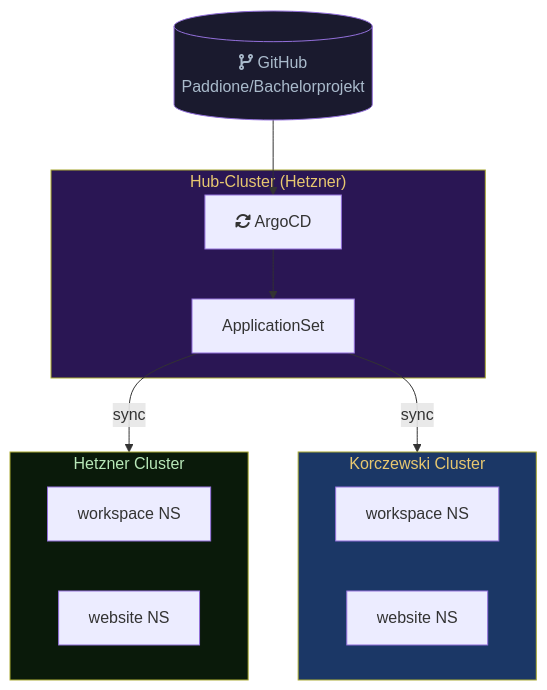
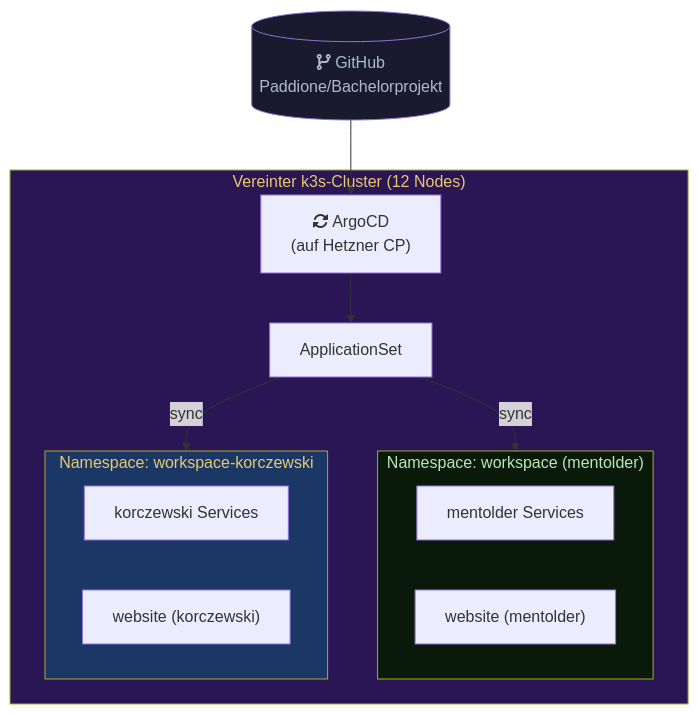
The third of 5 diagrams in k3d/docs-content/architecture.md (Paddione/Bachelorprojekt), drawn with Mermaid before and after one commit. The commit also changed other lines of this file and 55 other files, not shown here.

First line of the commit message:
docs: full refresh — brand-switch shell + audience tracks + Mermaid + content sweep (#629)

````diff
--- a/k3d/docs-content/architecture.md
+++ b/k3d/docs-content/architecture.md
@@ -296,28 +216,28 @@
 ```mermaid
 flowchart TB
     GIT[("fa:fa-code-branch GitHub\nPaddione/Bachelorprojekt")] --> ARGO
 
-    subgraph hub ["Hub-Cluster (Hetzner)"]
-        ARGO["fa:fa-rotate ArgoCD"]
+    subgraph hub ["Vereinter k3s-Cluster (12 Nodes)"]
+        ARGO["fa:fa-rotate ArgoCD\n(auf Hetzner CP)"]
         APPSET["ApplicationSet"]
         ARGO --> APPSET
+
+        subgraph mentolder_ns ["Namespace: workspace (mentolder)"]
+            M_WS["mentolder Services"]
+            M_WEB["website (mentolder)"]
+        end
+
+        subgraph korczewski_ns ["Namespace: workspace-korczewski"]
+            K_WS["korczewski Services"]
+            K_WEB["website (korczewski)"]
+        end
     end
 
-    subgraph hetzner ["Hetzner Cluster"]
-        H_WS["workspace NS"]
-        H_WEB["website NS"]
-    end
-
-    subgraph korczewski ["Korczewski Cluster"]
-        K_WS["workspace NS"]
-        K_WEB["website NS"]
-    end
-
-    APPSET -->|"sync"| hetzner
-    APPSET -->|"sync"| korczewski
+    APPSET -->|"sync"| mentolder_ns
+    APPSET -->|"sync"| korczewski_ns
 
     style hub fill:#2a1654,color:#e8c870
-    style hetzner fill:#0a1a0a,color:#b8e8b8
-    style korczewski fill:#1b3766,color:#e8c870
+    style mentolder_ns fill:#0a1a0a,color:#b8e8b8
+    style korczewski_ns fill:#1b3766,color:#e8c870
     style GIT fill:#1a1a2e,color:#aabbcc
 ```
````
